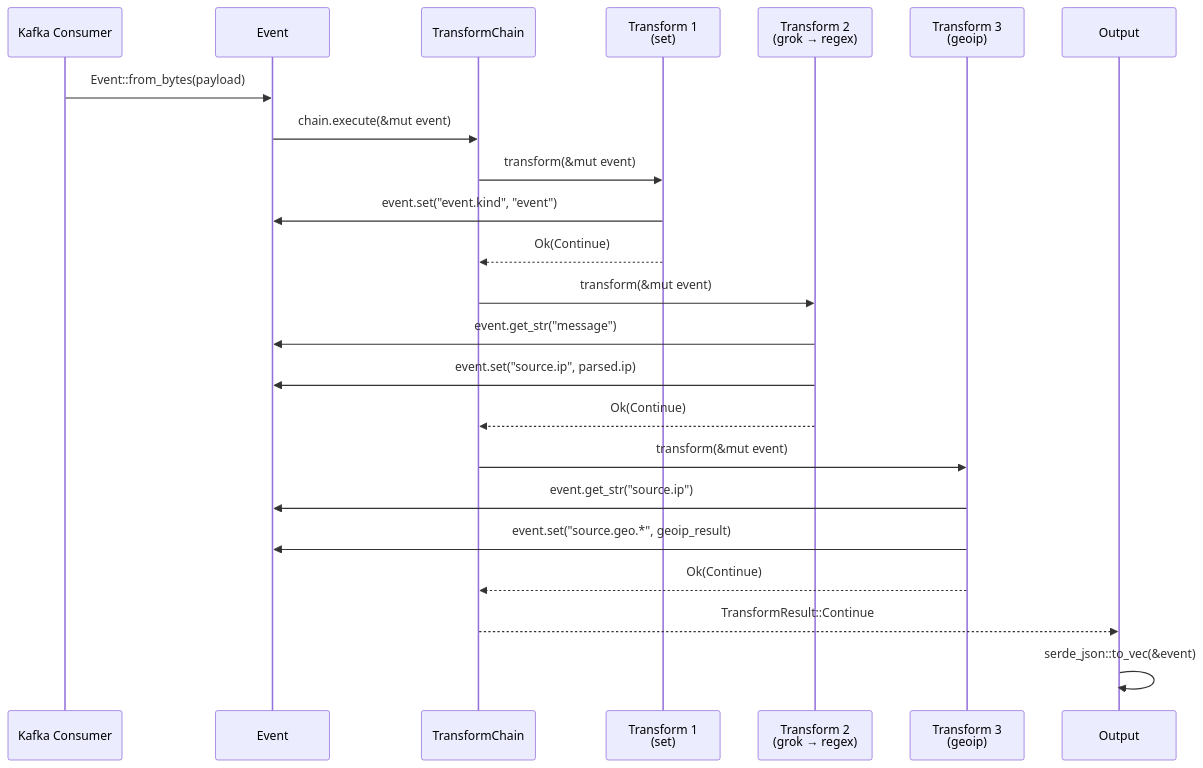
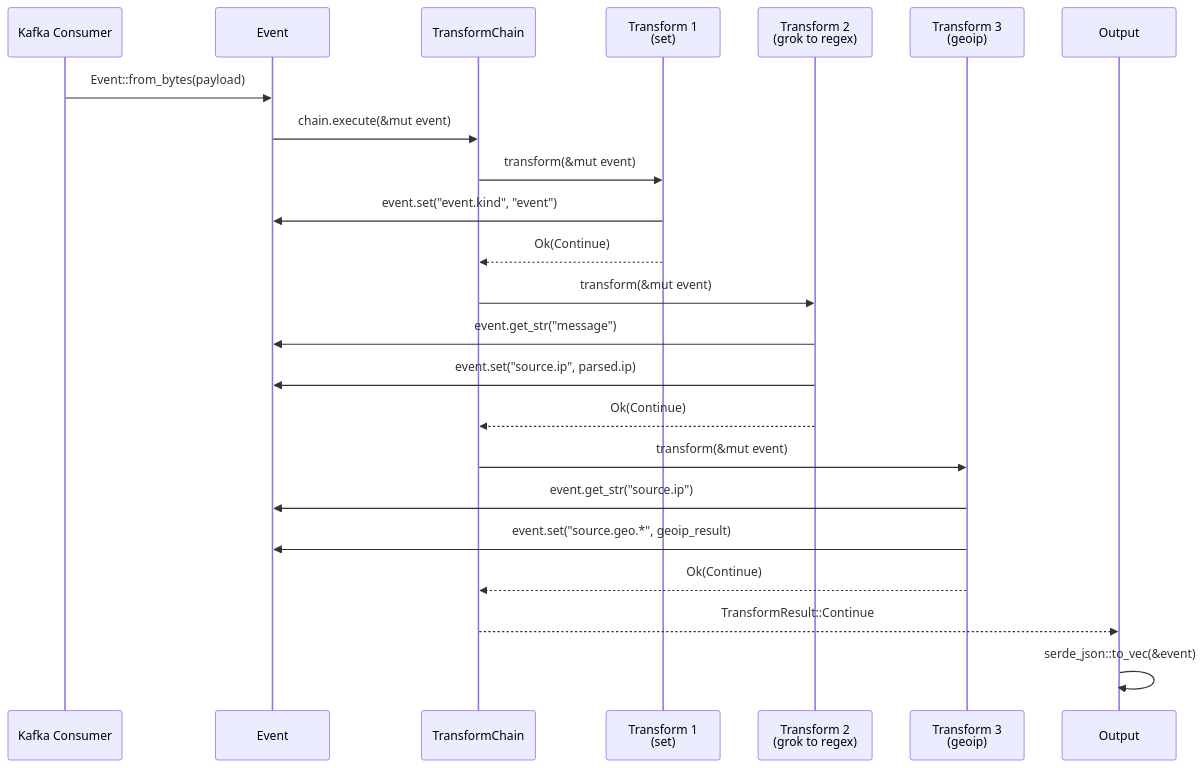
One commit to hyperi-io/dfe-transform-elastic changed the third of 5 diagrams in docs/architecture.md. Above: the diagram before and after it, drawn with Mermaid. The commit also changed other lines of this file and 20 other files, not shown here.

````diff
--- a/docs/architecture.md
+++ b/docs/architecture.md
@@ -220,26 +204,26 @@
 ```mermaid
 sequenceDiagram
     participant K as Kafka Consumer
     participant E as Event
     participant C as TransformChain
     participant T1 as Transform 1<br/>(set)
-    participant T2 as Transform 2<br/>(grok → regex)
+    participant T2 as Transform 2<br/>(grok to regex)
     participant T3 as Transform 3<br/>(geoip)
     participant O as Output
 
     K->>E: Event::from_bytes(payload)
     E->>C: chain.execute(&mut event)
     C->>T1: transform(&mut event)
     T1->>E: event.set("event.kind", "event")
     T1-->>C: Ok(Continue)
     C->>T2: transform(&mut event)
     T2->>E: event.get_str("message")
     T2->>E: event.set("source.ip", parsed.ip)
     T2-->>C: Ok(Continue)
     C->>T3: transform(&mut event)
     T3->>E: event.get_str("source.ip")
     T3->>E: event.set("source.geo.*", geoip_result)
     T3-->>C: Ok(Continue)
     C-->>O: TransformResult::Continue
     O->>O: serde_json::to_vec(&event)
 ```
````
